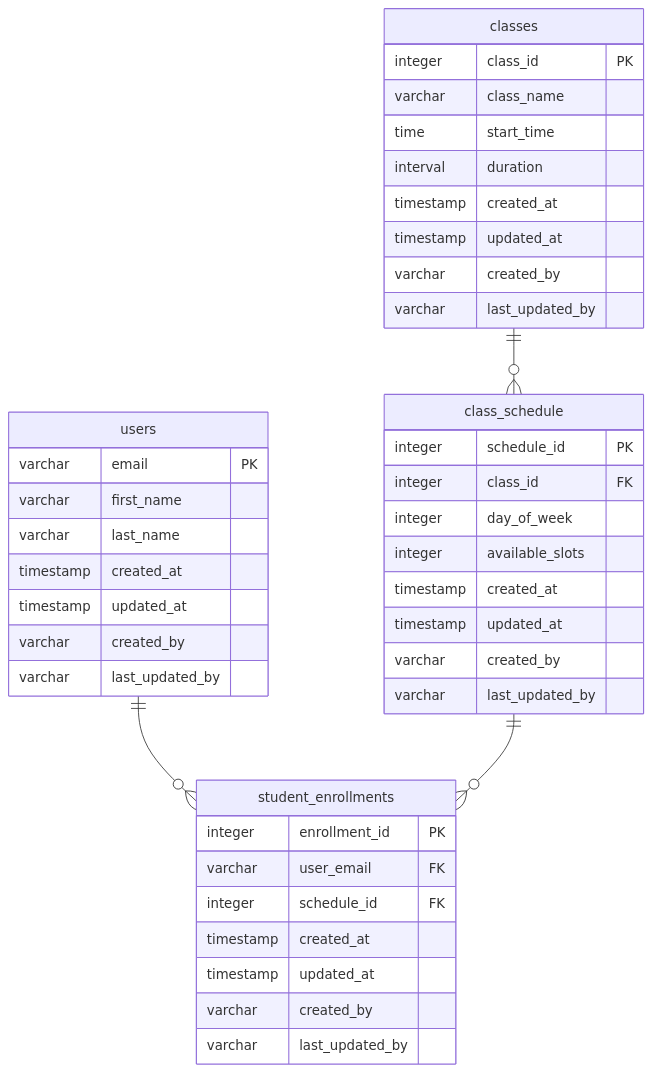
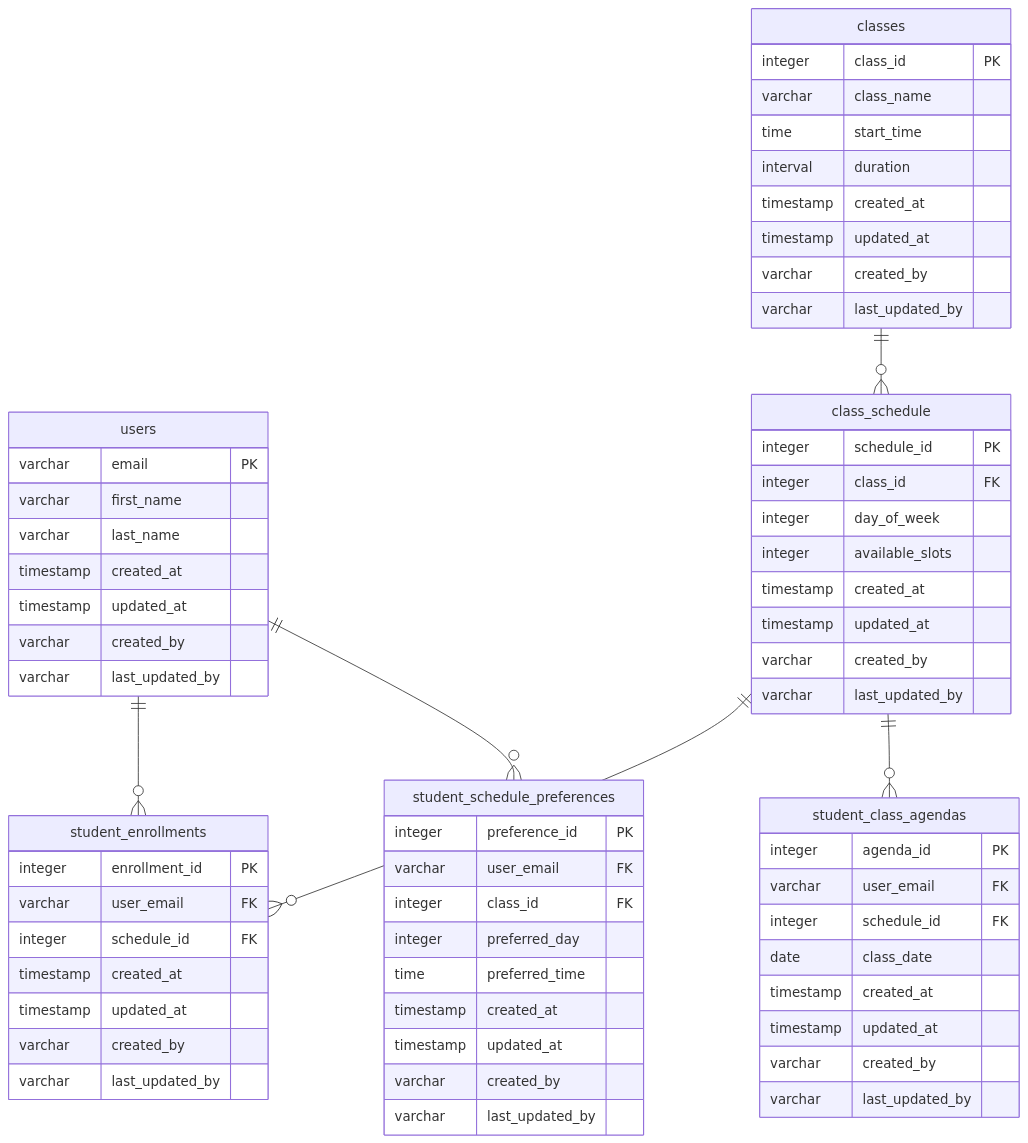
One commit to dhdtech/padraoandretorres changed the diagram in data_model.md. Above: the diagram before and after it, drawn with Mermaid.

````diff
--- a/data_model.md
+++ b/data_model.md
@@ -1,49 +1,74 @@
 ```mermaid
 erDiagram
     users ||--o{ student_enrollments : ""
+    users ||--o{ student_schedule_preferences : ""
     classes ||--o{ class_schedule : ""
     class_schedule ||--o{ student_enrollments : ""
+    class_schedule ||--o{ student_class_agendas : ""
 
     users {
         varchar email PK
         varchar first_name
         varchar last_name
         timestamp created_at
         timestamp updated_at
         varchar created_by
         varchar last_updated_by
     }
 
     classes {
         integer class_id PK
         varchar class_name
         time start_time
         interval duration
         timestamp created_at
         timestamp updated_at
         varchar created_by
         varchar last_updated_by
     }
 
     class_schedule {
         integer schedule_id PK
         integer class_id FK
         integer day_of_week
         integer available_slots
         timestamp created_at
         timestamp updated_at
         varchar created_by
         varchar last_updated_by
     }
 
     student_enrollments {
         integer enrollment_id PK
         varchar user_email FK
         integer schedule_id FK
         timestamp created_at
         timestamp updated_at
         varchar created_by
         varchar last_updated_by
     }
 
+    student_schedule_preferences {
+        integer preference_id PK
+        varchar user_email FK
+        integer class_id FK
+        integer preferred_day
+        time preferred_time
+        timestamp created_at
+        timestamp updated_at
+        varchar created_by
+        varchar last_updated_by
+    }
+
+    student_class_agendas {
+        integer agenda_id PK
+        varchar user_email FK
+        integer schedule_id FK
+        date class_date
+        timestamp created_at
+        timestamp updated_at
+        varchar created_by
+        varchar last_updated_by
+    }
+
 ```
````
